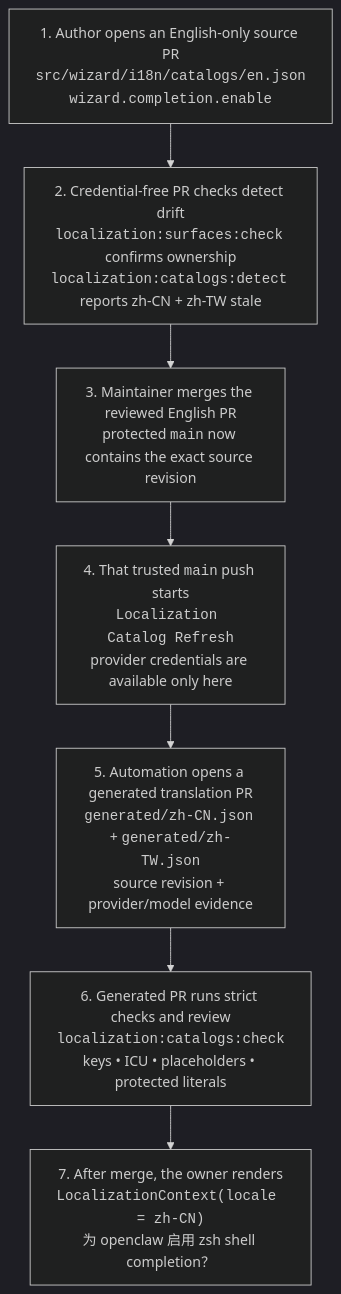
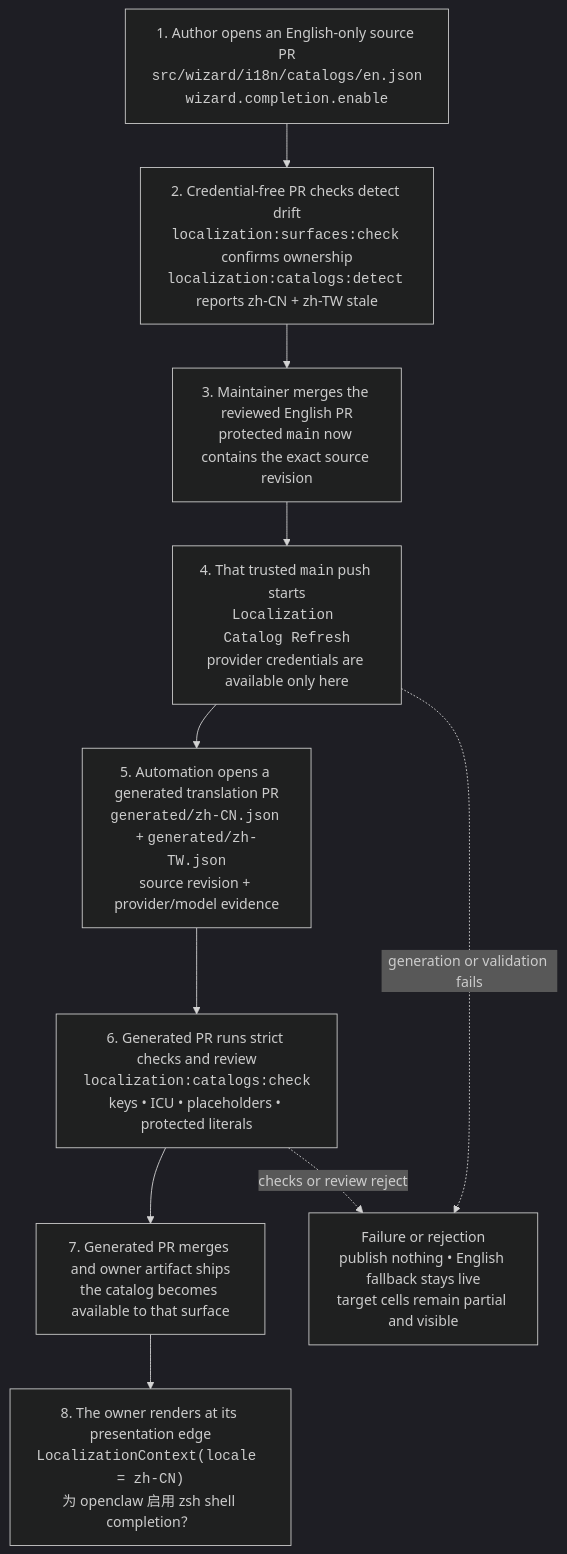
One commit to openclaw/rfcs changed the second of 2 diagrams in rfcs/0024-localization-runtime-and-coverage.md. Above: the diagram before and after it, drawn with Mermaid (dark theme). The commit also changed other lines of this file, not shown here.

Commit message:
docs(localization): apply role review findings

````diff
--- a/rfcs/0024-localization-runtime-and-coverage.md
+++ b/rfcs/0024-localization-runtime-and-coverage.md
@@ -150,12 +161,16 @@
 ```mermaid
 flowchart TB
   EN["1. Author opens an English-only source PR<br/><code>src/wizard/i18n/catalogs/en.json</code><br/><code>wizard.completion.enable</code>"]
   DETECT["2. Credential-free PR checks detect drift<br/><code>localization:surfaces:check</code> confirms ownership<br/><code>localization:catalogs:detect</code> reports zh-CN + zh-TW stale"]
   MERGE["3. Maintainer merges the reviewed English PR<br/>protected <code>main</code> now contains the exact source revision"]
   REFRESH["4. That trusted <code>main</code> push starts<br/><code>Localization Catalog Refresh</code><br/>provider credentials are available only here"]
   GENERATED["5. Automation opens a generated translation PR<br/><code>generated/zh-CN.json</code> + <code>generated/zh-TW.json</code><br/>source revision + provider/model evidence"]
   CHECK["6. Generated PR runs strict checks and review<br/><code>localization:catalogs:check</code><br/>keys • ICU • placeholders • protected literals"]
-  RENDER["7. After merge, the owner renders<br/><code>LocalizationContext(locale = zh-CN)</code><br/>为 openclaw 启用 zsh shell completion？"]
+  SHIP["7. Generated PR merges and owner artifact ships<br/>the catalog becomes available to that surface"]
+  RENDER["8. The owner renders at its presentation edge<br/><code>LocalizationContext(locale = zh-CN)</code><br/>为 openclaw 启用 zsh shell completion？"]
+  FAIL["Failure or rejection<br/>publish nothing • English fallback stays live<br/>target cells remain partial and visible"]
 
-  EN --> DETECT --> MERGE --> REFRESH --> GENERATED --> CHECK --> RENDER
+  EN --> DETECT --> MERGE --> REFRESH --> GENERATED --> CHECK --> SHIP --> RENDER
+  REFRESH -. generation or validation fails .-> FAIL
+  CHECK -. checks or review reject .-> FAIL
 ```
````
